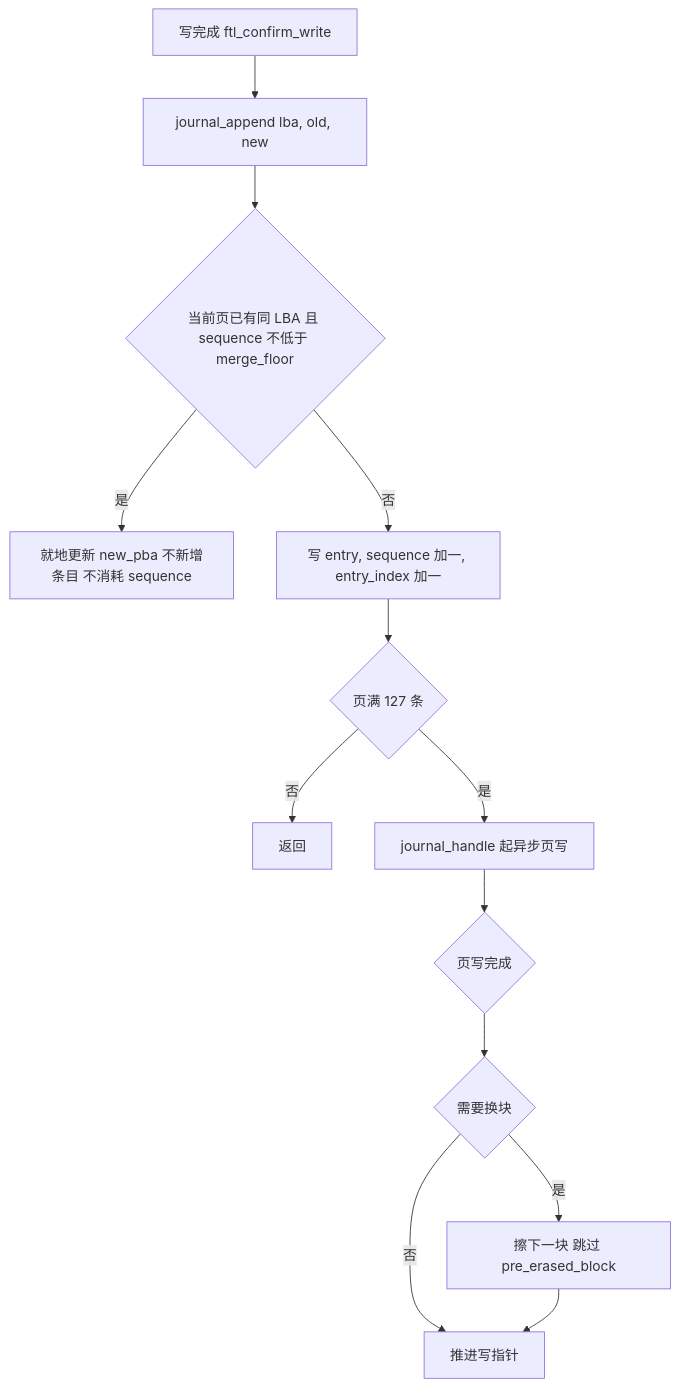
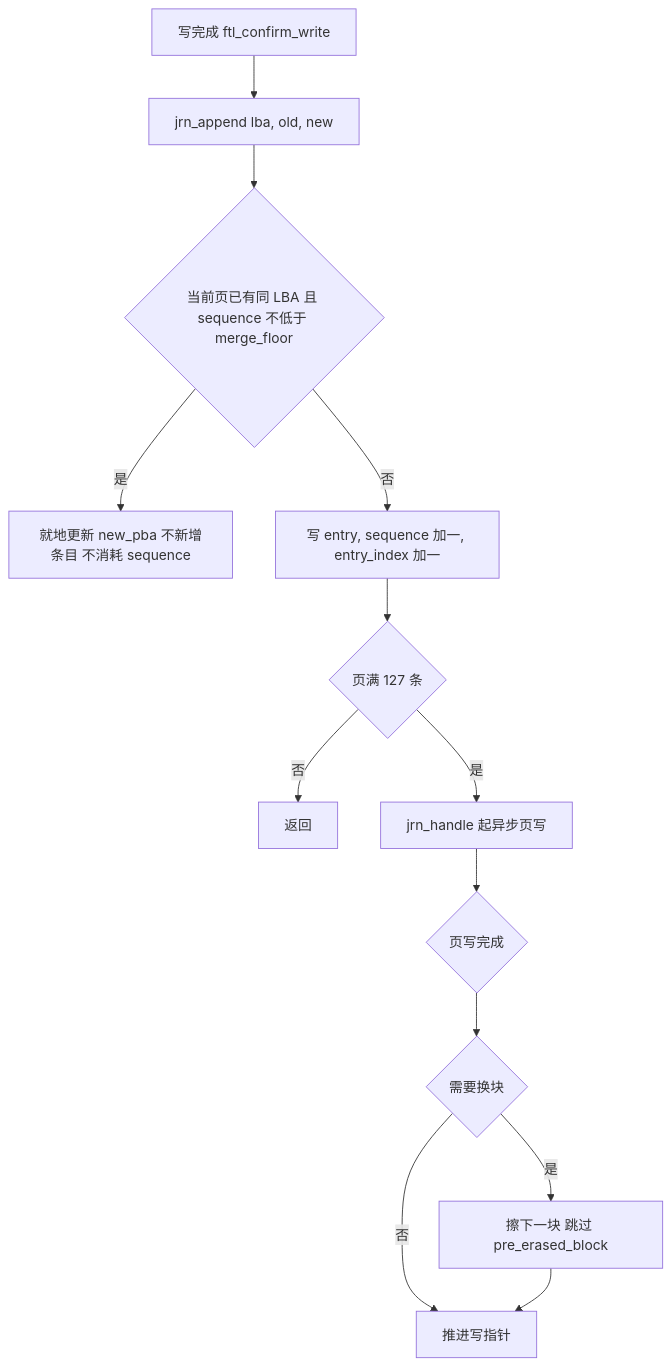
One commit to YzYMIAO/BASESSD changed diagram 15 of 32 in docs/design/ftl_design.md. Above: the diagram before and after it, drawn with Mermaid. The commit also changed other lines of this file and 48 other files, not shown here.

````diff
--- a/docs/design/ftl_design.md
+++ b/docs/design/ftl_design.md
@@ -2318,15 +2318,15 @@
 ```mermaid
 flowchart TD
-    A["写完成 ftl_confirm_write"] --> B["journal_append lba, old, new"]
+    A["写完成 ftl_confirm_write"] --> B["jrn_append lba, old, new"]
     B --> C{"当前页已有同 LBA 且 sequence 不低于 merge_floor"}
     C -- "是" --> D["就地更新 new_pba 不新增条目 不消耗 sequence"]
     C -- "否" --> E["写 entry, sequence 加一, entry_index 加一"]
     E --> F{"页满 127 条"}
     F -- "否" --> G["返回"]
-    F -- "是" --> H["journal_handle 起异步页写"]
+    F -- "是" --> H["jrn_handle 起异步页写"]
     H --> I{"页写完成"}
     I --> J{"需要换块"}
     J -- "否" --> K["推进写指针"]
     J -- "是" --> L["擦下一块 跳过 pre_erased_block"]
     L --> K
 ```
````
